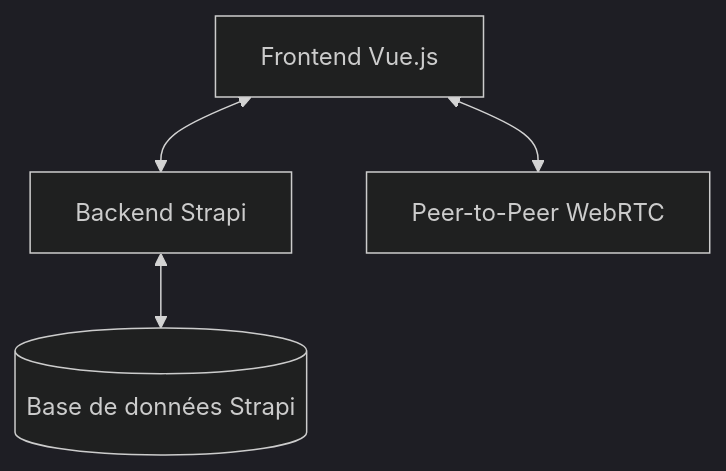
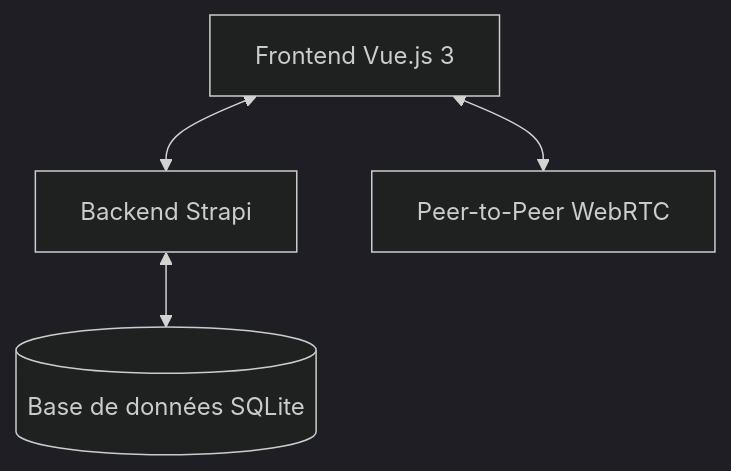
Before and after one commit to suissard/tripletriad: the diagram in docs/architecture.md, drawn with Mermaid (dark theme). The commit also changed other lines of this file and 15 other files, not shown here.

````diff
--- a/docs/architecture.md
+++ b/docs/architecture.md
@@ -11,6 +11,6 @@
 ```mermaid
 graph TD
-    Client[Frontend Vue.js] <--> API[Backend Strapi]
+    Client[Frontend Vue.js 3] <--> API[Backend Strapi]
     Client <--> WebRTC[Peer-to-Peer WebRTC]
-    API <--> DB[(Base de données Strapi)]
+    API <--> DB[(Base de données SQLite)]
 ```
````
